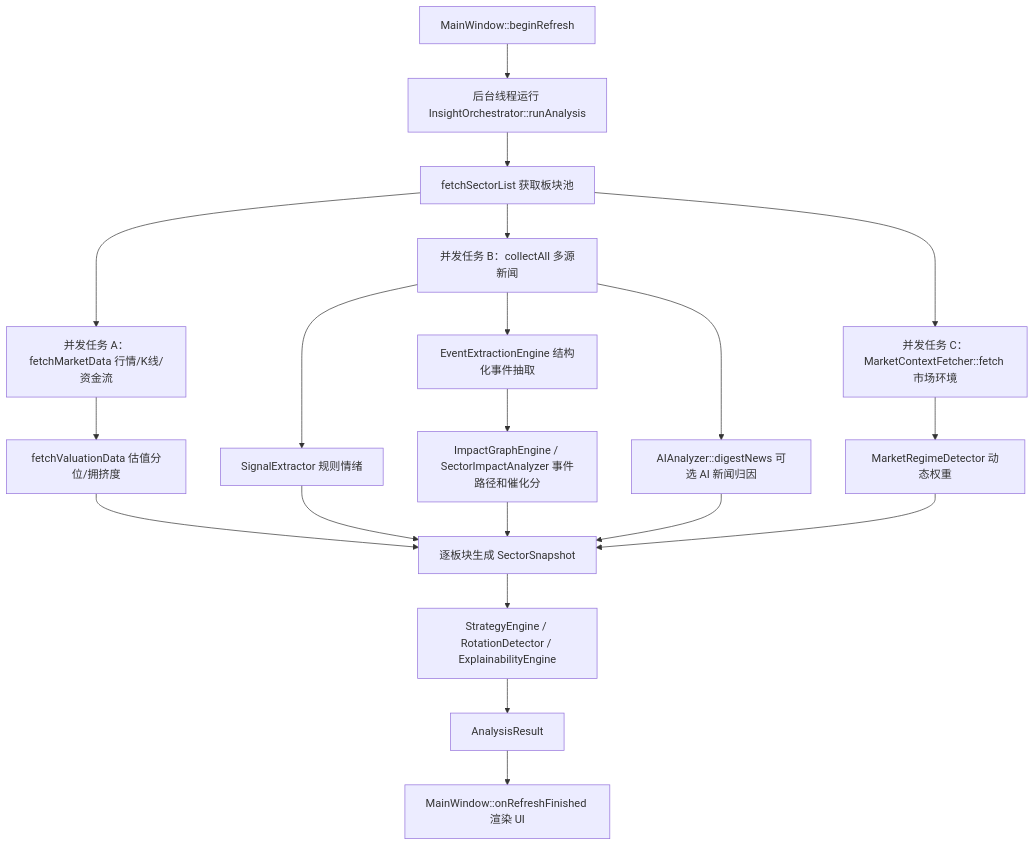
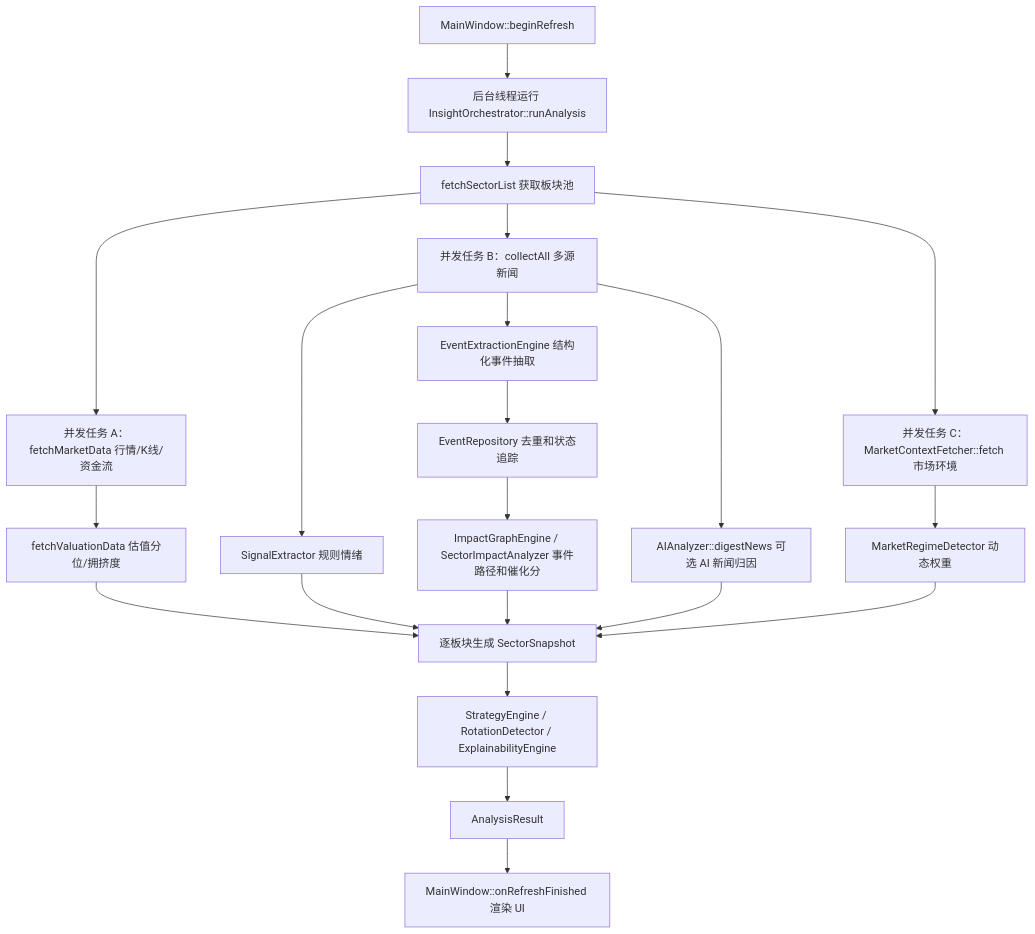
Before and after one commit to WavesTop/investmentTools: the diagram in docs/codex/PROJECT_CONTEXT.md, drawn with Mermaid. The commit also changed other lines of this file and 7 other files, not shown here.

````diff
--- a/docs/codex/PROJECT_CONTEXT.md
+++ b/docs/codex/PROJECT_CONTEXT.md
@@ -83,22 +84,23 @@
 ```mermaid
 flowchart TD
     A["MainWindow::beginRefresh"] --> B["后台线程运行 InsightOrchestrator::runAnalysis"]
     B --> C["fetchSectorList 获取板块池"]
     C --> D["并发任务 A：fetchMarketData 行情/K线/资金流"]
     C --> E["并发任务 B：collectAll 多源新闻"]
     C --> F["并发任务 C：MarketContextFetcher::fetch 市场环境"]
     E --> G["SignalExtractor 规则情绪"]
     E --> EV["EventExtractionEngine 结构化事件抽取"]
-    EV --> EG["ImpactGraphEngine / SectorImpactAnalyzer 事件路径和催化分"]
+    EV --> ER["EventRepository 去重和状态追踪"]
+    ER --> EG["ImpactGraphEngine / SectorImpactAnalyzer 事件路径和催化分"]
     E --> H["AIAnalyzer::digestNews 可选 AI 新闻归因"]
     D --> I["fetchValuationData 估值分位/拥挤度"]
     F --> J["MarketRegimeDetector 动态权重"]
     G --> K["逐板块生成 SectorSnapshot"]
     H --> K
     I --> K
     J --> K
     EG --> K
     K --> L["StrategyEngine / RotationDetector / ExplainabilityEngine"]
     L --> M["AnalysisResult"]
     M --> N["MainWindow::onRefreshFinished 渲染 UI"]
 ```
````
